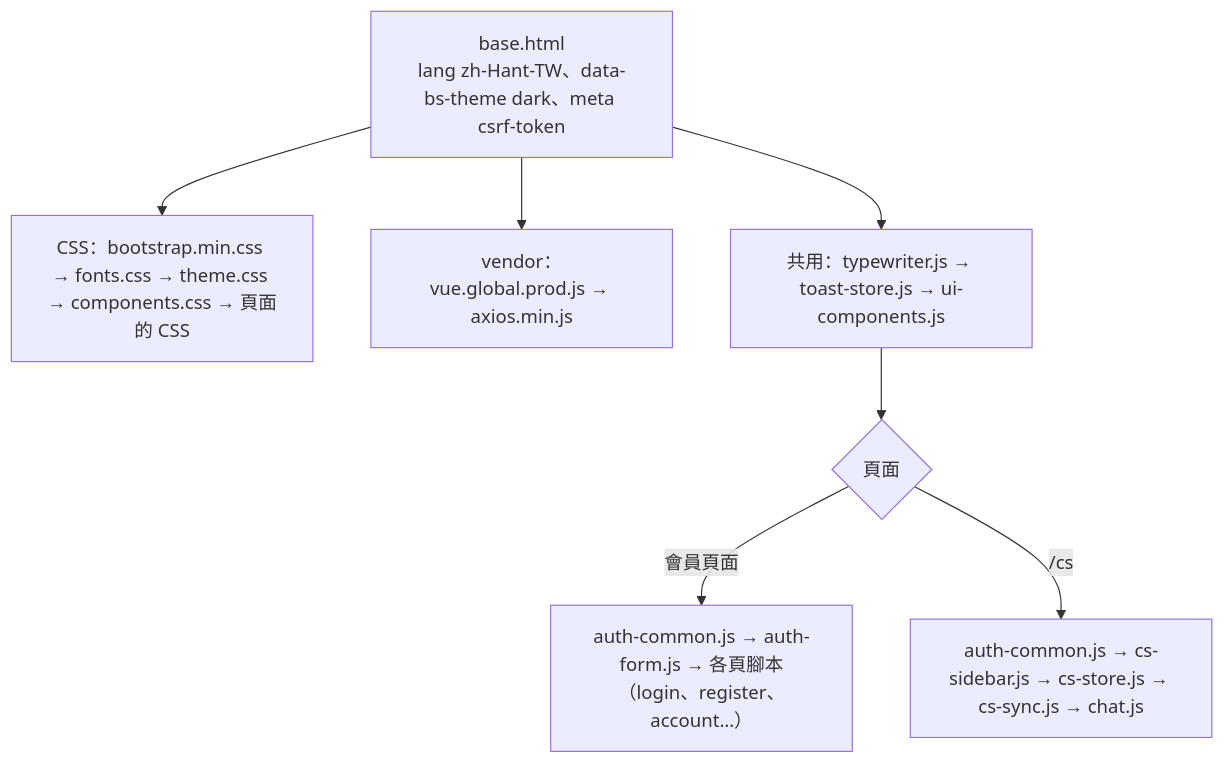
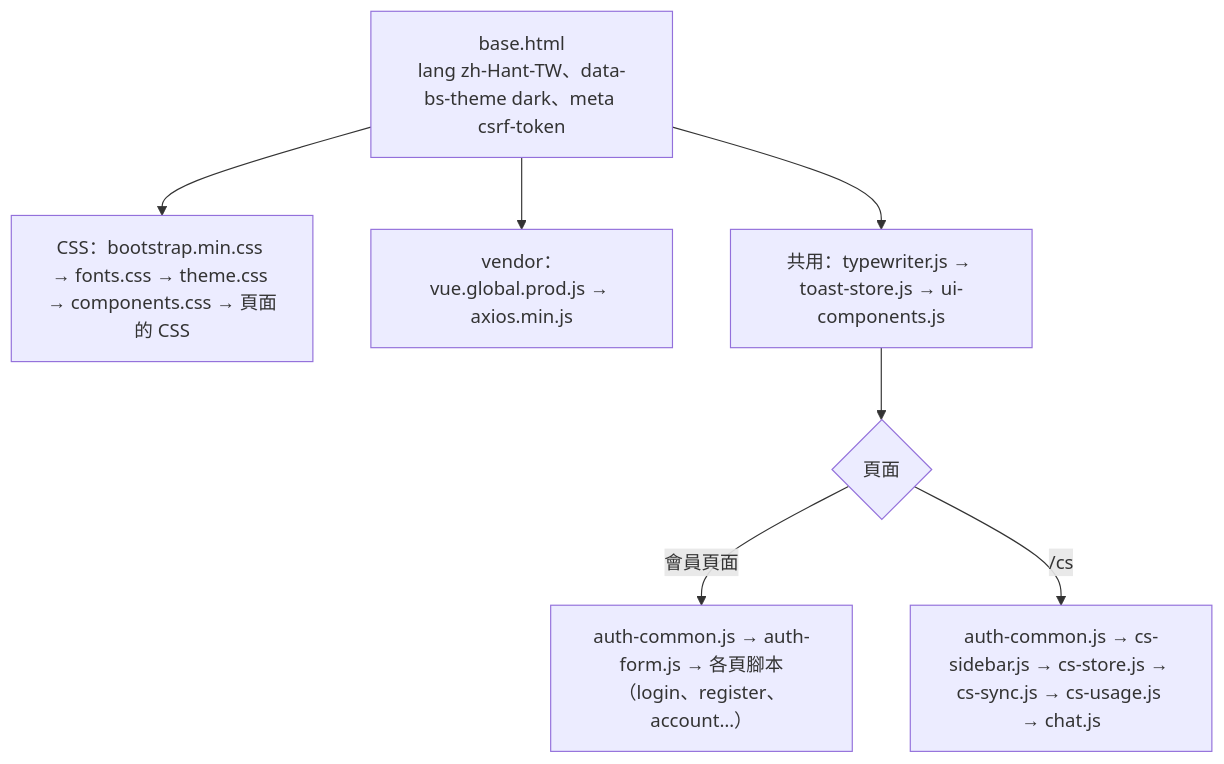
Before and after one commit to pp466pp466/R.A.C: the first of 4 diagrams in docs/前端結構-frontend.md, drawn with Mermaid. The commit also changed other lines of this file and 60 other files, not shown here.

````diff
--- a/docs/前端結構-frontend.md
+++ b/docs/前端結構-frontend.md
@@ -9,10 +9,10 @@
 ```mermaid
 flowchart TD
     Base["base.html<br/>lang zh-Hant-TW、data-bs-theme dark、meta csrf-token"]
     Base --> Css["CSS：bootstrap.min.css → fonts.css → theme.css → components.css → 頁面的 CSS"]
     Base --> Vendor["vendor：vue.global.prod.js → axios.min.js"]
     Base --> Ui["共用：typewriter.js → toast-store.js → ui-components.js"]
     Ui --> Page{"頁面"}
     Page -->|"會員頁面"| Auth["auth-common.js → auth-form.js → 各頁腳本<br/>（login、register、account…）"]
-    Page -->|"/cs"| Cs["auth-common.js → cs-sidebar.js → cs-store.js → cs-sync.js → chat.js"]
+    Page -->|"/cs"| Cs["auth-common.js → cs-sidebar.js → cs-store.js → cs-sync.js → cs-usage.js → chat.js"]
 ```
````
